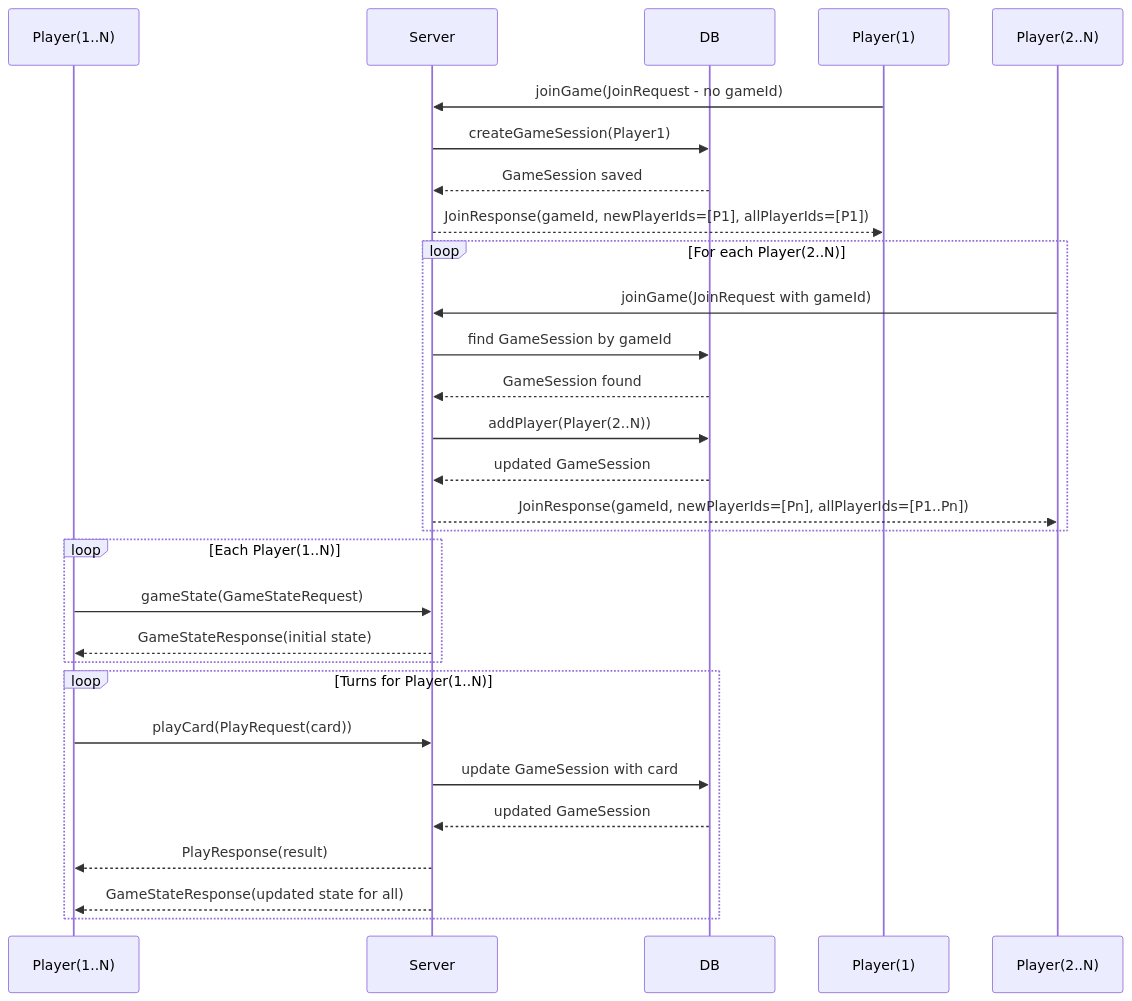
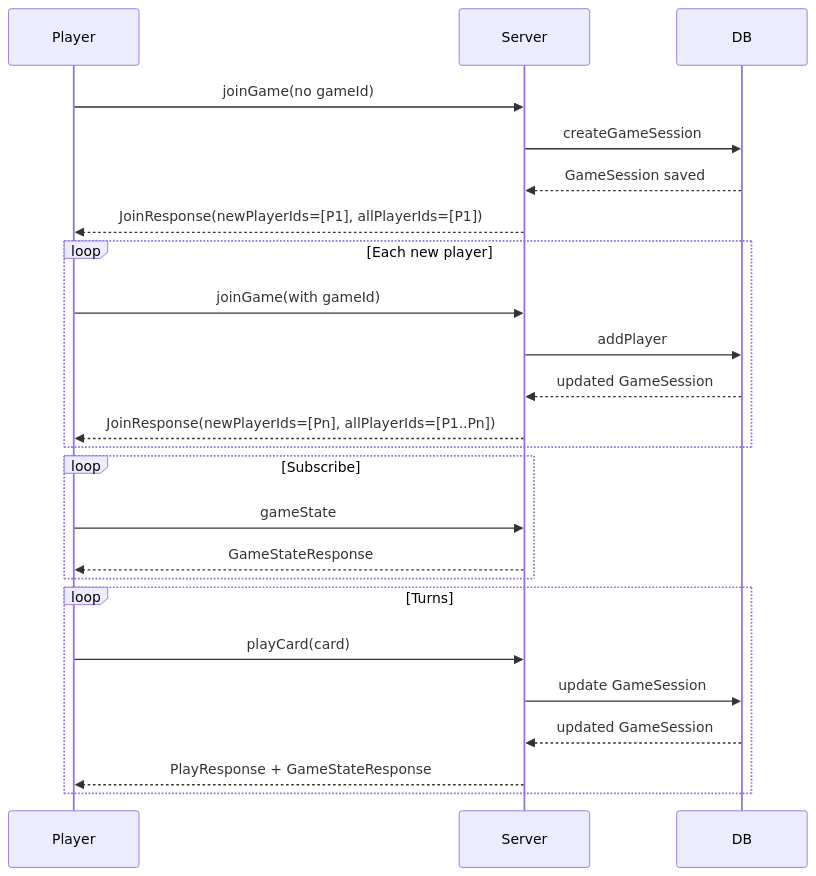
The third of 3 diagrams in uno-rpc/uno-backend/README.md (YashzAlphaGeek/FluxRPC), drawn with Mermaid before and after one commit.

Commit message:
uno backend README.md update

````diff
--- a/uno-rpc/uno-backend/README.md
+++ b/uno-rpc/uno-backend/README.md
@@ -115,37 +115,34 @@
 ```mermaid
 sequenceDiagram
-    participant Player(1..N)
+    participant Player
     participant Server
     participant DB
 
     %% First player creates a game
-    Player(1)->>Server: joinGame(JoinRequest - no gameId)
-    Server->>DB: createGameSession(Player1)
+    Player->>Server: joinGame(no gameId)
+    Server->>DB: createGameSession
     DB-->>Server: GameSession saved
-    Server-->>Player(1): JoinResponse(gameId, newPlayerIds=[P1], allPlayerIds=[P1])
+    Server-->>Player: JoinResponse(newPlayerIds=[P1], allPlayerIds=[P1])
 
-    %% Subsequent players join existing game
-    loop For each Player(2..N)
-        Player(2..N)->>Server: joinGame(JoinRequest with gameId)
-        Server->>DB: find GameSession by gameId
-        DB-->>Server: GameSession found
-        Server->>DB: addPlayer(Player(2..N))
+    %% Subsequent players join
+    loop Each new player
+        Player->>Server: joinGame(with gameId)
+        Server->>DB: addPlayer
         DB-->>Server: updated GameSession
-        Server-->>Player(2..N): JoinResponse(gameId, newPlayerIds=[Pn], allPlayerIds=[P1..Pn])
+        Server-->>Player: JoinResponse(newPlayerIds=[Pn], allPlayerIds=[P1..Pn])
     end
 
-    %% Players subscribe to game state
-    loop Each Player(1..N)
-        Player(1..N)->>Server: gameState(GameStateRequest)
-        Server-->>Player(1..N): GameStateResponse(initial state)
+    %% Game state
+    loop Subscribe
+        Player->>Server: gameState
+        Server-->>Player: GameStateResponse
     end
 
-    %% Players play cards in turns
-    loop Turns for Player(1..N)
-        Player(1..N)->>Server: playCard(PlayRequest(card))
-        Server->>DB: update GameSession with card
+    %% Play cards
+    loop Turns
+        Player->>Server: playCard(card)
+        Server->>DB: update GameSession
         DB-->>Server: updated GameSession
-        Server-->>Player(1..N): PlayResponse(result)
-        Server-->>Player(1..N): GameStateResponse(updated state for all)
+        Server-->>Player: PlayResponse + GameStateResponse
     end
 ```
````
